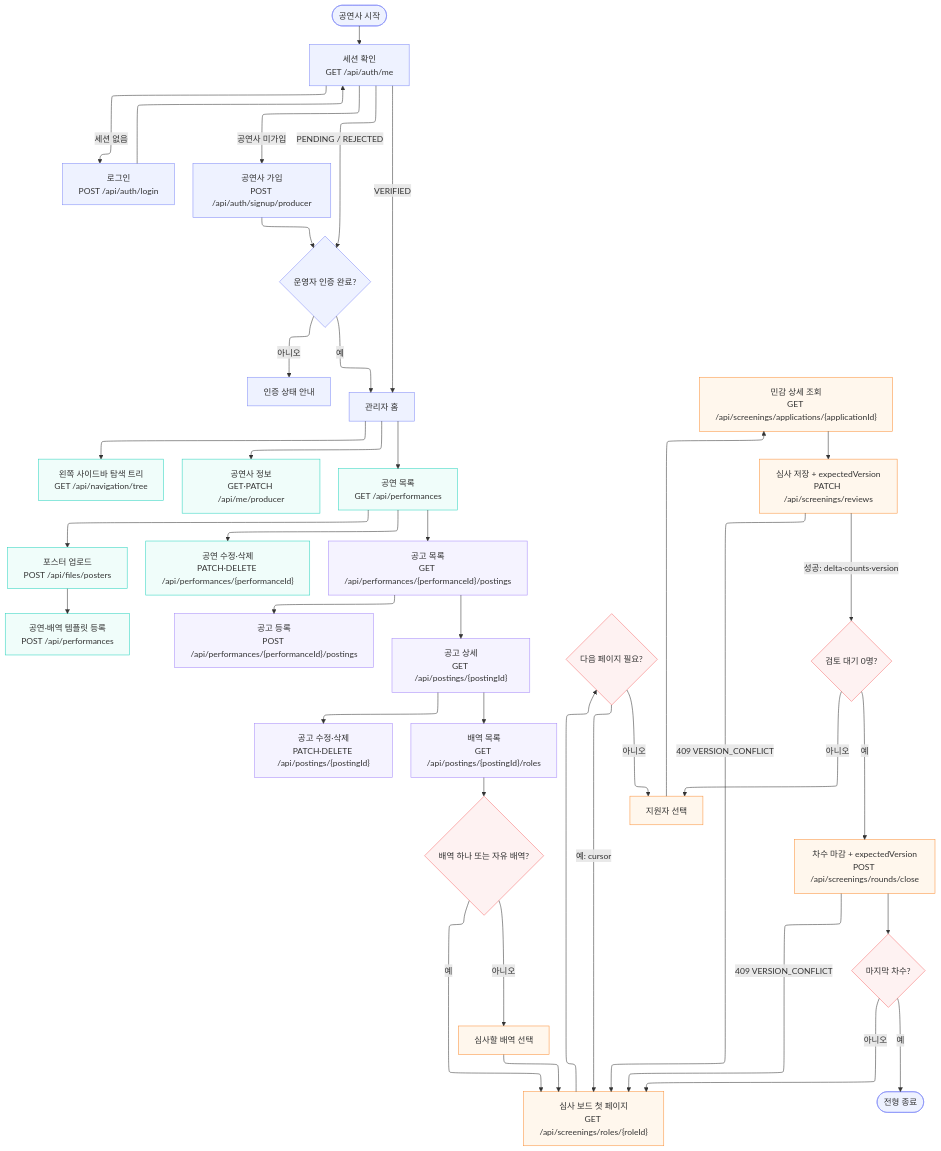
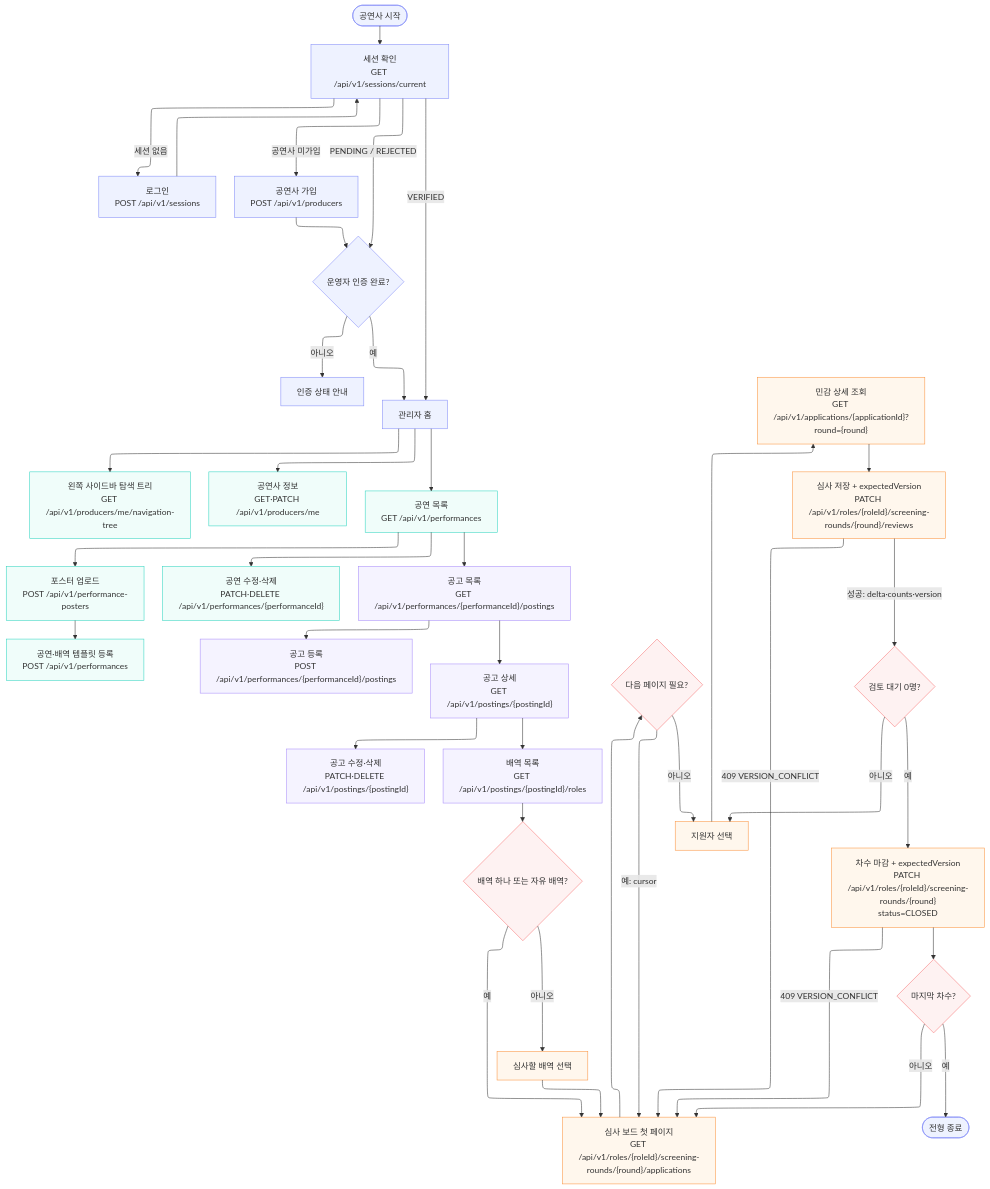
Before and after one commit to woowacourse-teams/2026-yesulin: the diagram in docs/flowchart/producer.mmd, drawn with Mermaid. The commit also changed 20 other files, not shown here.

```diff
--- a/docs/flowchart/producer.mmd
+++ b/docs/flowchart/producer.mmd
@@ -1,71 +1,71 @@
 ---
 config:
   layout: elk
 ---
 flowchart TB
-    START(["공연사 시작"]) --> SESSION["세션 확인<br>GET /api/auth/me"]
-    SESSION -- 세션 없음 --> LOGIN["로그인<br>POST /api/auth/login"]
+    START(["공연사 시작"]) --> SESSION["세션 확인<br>GET /api/v1/sessions/current"]
+    SESSION -- 세션 없음 --> LOGIN["로그인<br>POST /api/v1/sessions"]
     LOGIN --> SESSION
-    SESSION -- 공연사 미가입 --> SIGNUP["공연사 가입<br>POST /api/auth/signup/producer"]
+    SESSION -- 공연사 미가입 --> SIGNUP["공연사 가입<br>POST /api/v1/producers"]
     SIGNUP --> VERIFY{"운영자 인증 완료?"}
     SESSION -- PENDING / REJECTED --> VERIFY
     VERIFY -- 아니오 --> WAIT["인증 상태 안내"]
     VERIFY -- 예 --> HOME["관리자 홈"]
     SESSION -- VERIFIED --> HOME
-    HOME --> NAV["왼쪽 사이드바 탐색 트리<br>GET /api/navigation/tree"] & PROFILE["공연사 정보<br>GET·PATCH /api/me/producer"] & PERF["공연 목록<br>GET /api/performances"]
-    PERF --> NEW_PERF["포스터 업로드<br>POST /api/files/posters"] & EDIT_PERF["공연 수정·삭제<br>PATCH·DELETE /api/performances/{performanceId}"] & POSTINGS["공고 목록<br>GET /api/performances/{performanceId}/postings"]
-    NEW_PERF --> CREATE_PERF["공연·배역 템플릿 등록<br>POST /api/performances"]
-    POSTINGS --> CREATE_POSTING["공고 등록<br>POST /api/performances/{performanceId}/postings"] & POSTING_DETAIL["공고 상세<br>GET /api/postings/{postingId}"]
-    POSTING_DETAIL --> EDIT_POSTING["공고 수정·삭제<br>PATCH·DELETE /api/postings/{postingId}"] & ROLES["배역 목록<br>GET /api/postings/{postingId}/roles"]
+    HOME --> NAV["왼쪽 사이드바 탐색 트리<br>GET /api/v1/producers/me/navigation-tree"] & PROFILE["공연사 정보<br>GET·PATCH /api/v1/producers/me"] & PERF["공연 목록<br>GET /api/v1/performances"]
+    PERF --> NEW_PERF["포스터 업로드<br>POST /api/v1/performance-posters"] & EDIT_PERF["공연 수정·삭제<br>PATCH·DELETE /api/v1/performances/{performanceId}"] & POSTINGS["공고 목록<br>GET /api/v1/performances/{performanceId}/postings"]
+    NEW_PERF --> CREATE_PERF["공연·배역 템플릿 등록<br>POST /api/v1/performances"]
+    POSTINGS --> CREATE_POSTING["공고 등록<br>POST /api/v1/performances/{performanceId}/postings"] & POSTING_DETAIL["공고 상세<br>GET /api/v1/postings/{postingId}"]
+    POSTING_DETAIL --> EDIT_POSTING["공고 수정·삭제<br>PATCH·DELETE /api/v1/postings/{postingId}"] & ROLES["배역 목록<br>GET /api/v1/postings/{postingId}/roles"]
     ROLES --> SOLE{"배역 하나 또는 자유 배역?"}
-    SOLE -- 예 --> BOARD["심사 보드 첫 페이지<br>GET /api/screenings/roles/{roleId}"]
+    SOLE -- 예 --> BOARD["심사 보드 첫 페이지<br>GET /api/v1/roles/{roleId}/screening-rounds/{round}/applications"]
     SOLE -- 아니오 --> CHOOSE_ROLE["심사할 배역 선택"]
     CHOOSE_ROLE --> BOARD
     BOARD --> MORE{"다음 페이지 필요?"}
     MORE -- 예: cursor --> BOARD
     MORE -- 아니오 --> SELECT["지원자 선택"]
-    SELECT --> APP_DETAIL["민감 상세 조회<br>GET /api/screenings/applications/{applicationId}"]
-    APP_DETAIL --> REVIEW["심사 저장 + expectedVersion<br>PATCH /api/screenings/reviews"]
+    SELECT --> APP_DETAIL["민감 상세 조회<br>GET /api/v1/applications/{applicationId}?round={round}"]
+    APP_DETAIL --> REVIEW["심사 저장 + expectedVersion<br>PATCH /api/v1/roles/{roleId}/screening-rounds/{round}/reviews"]
     REVIEW -- 409 VERSION_CONFLICT --> BOARD
     REVIEW -- 성공: delta·counts·version --> DONE{"검토 대기 0명?"}
     DONE -- 아니오 --> SELECT
-    DONE -- 예 --> CLOSE["차수 마감 + expectedVersion<br>POST /api/screenings/rounds/close"]
+    DONE -- 예 --> CLOSE["차수 마감 + expectedVersion<br>PATCH /api/v1/roles/{roleId}/screening-rounds/{round}<br>status=CLOSED"]
     CLOSE -- 409 VERSION_CONFLICT --> BOARD
     CLOSE --> LAST{"마지막 차수?"}
     LAST -- 아니오 --> BOARD
     LAST -- 예 --> FINISH(["전형 종료"])
 
     START:::authNode
     SESSION:::authNode
     LOGIN:::authNode
     SIGNUP:::authNode
     VERIFY:::authNode
     WAIT:::authNode
     HOME:::authNode
     NAV:::perfNode
     PROFILE:::perfNode
     PERF:::perfNode
     NEW_PERF:::perfNode
     EDIT_PERF:::perfNode
     POSTINGS:::postingNode
     CREATE_PERF:::perfNode
     CREATE_POSTING:::postingNode
     POSTING_DETAIL:::postingNode
     EDIT_POSTING:::postingNode
     ROLES:::postingNode
     SOLE:::decisionNode
     BOARD:::screeningNode
     CHOOSE_ROLE:::screeningNode
     MORE:::decisionNode
     SELECT:::screeningNode
     APP_DETAIL:::screeningNode
     REVIEW:::screeningNode
     DONE:::decisionNode
     CLOSE:::screeningNode
     LAST:::decisionNode
     FINISH:::authNode
     classDef authNode stroke:#818cf8,fill:#eef2ff
     classDef perfNode stroke:#2dd4bf,fill:#f0fdfa
     classDef postingNode stroke:#a78bfa,fill:#f5f3ff
     classDef screeningNode stroke:#fb923c,fill:#fff7ed
     classDef decisionNode stroke:#f87171,fill:#fef2f2
```
